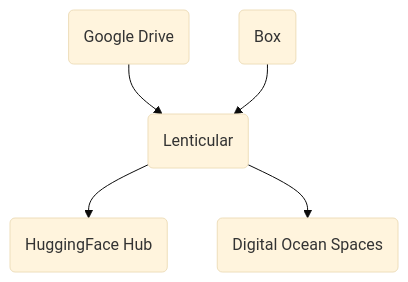
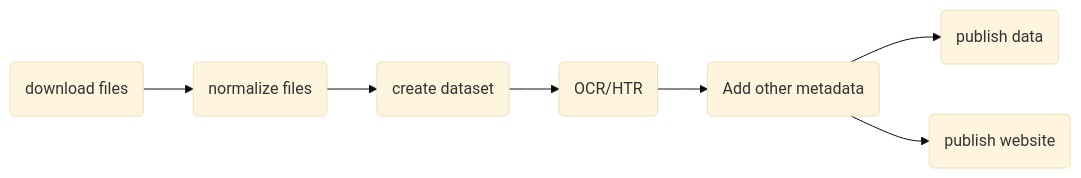
One commit to apjanco/lenticular changed the first of 2 diagrams in docs/workflow.md. Above: the diagram before and after it, drawn with Mermaid (base theme). The commit also changed other lines of this file and 1 other file, not shown here.

````diff
--- a/docs/workflow.md
+++ b/docs/workflow.md
@@ -6,7 +4,9 @@
 ```mermaid
-flowchart TB
-    a("Google Drive") --> b("Lenticular")
-    e("Box")--> b("Lenticular")
-    b("Lenticular") --> c("HuggingFace Hub")
-    b("Lenticular") --> d("Digital Ocean Spaces")
+flowchart LR
+    a("download files") --> b("normalize files")
+    b --> c("create dataset")
+    c --> d("OCR/HTR ")
+    d --> e("Add other metadata")
+    e --> f("publish data")
+    e --> g("publish website")
 ```
````
